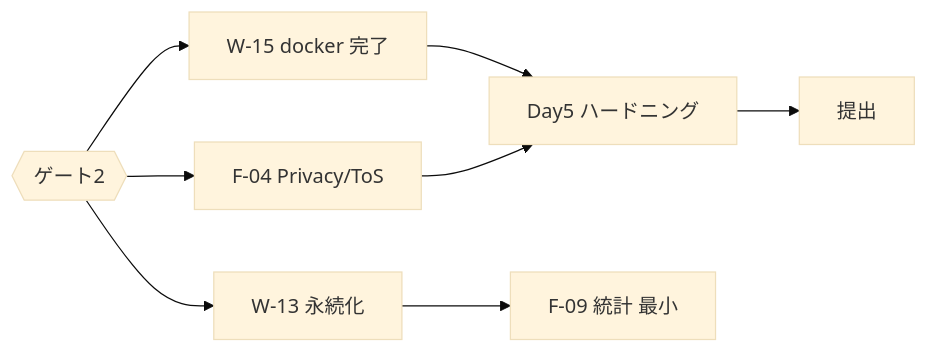
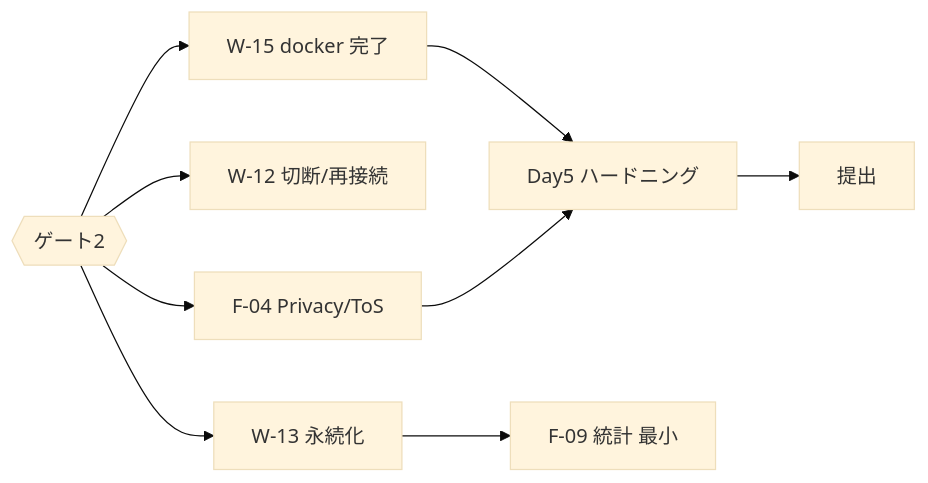
The third of 3 diagrams in md_files/torinoue/torinoue_PERT依存図.md (samatsum/ft_Transcendence), drawn with Mermaid (base theme) before and after one commit. The commit also changed other lines of this file and 8 other files, not shown here.

````diff
--- a/md_files/torinoue/torinoue_PERT依存図.md
+++ b/md_files/torinoue/torinoue_PERT依存図.md
@@ -170,10 +179,11 @@
 ```mermaid
 flowchart LR
   G2{{ゲート2}} --> W15[W-15 docker 完了]
+  G2 --> W12[W-12 切断/再接続]
   G2 --> W13[W-13 永続化]
   G2 --> F04[F-04 Privacy/ToS]
   W15 --> D5[Day5 ハードニング]
   F04 --> D5
   W13 --> F09[F-09 統計 最小]
   D5 --> SUB[提出]
 ```
````
